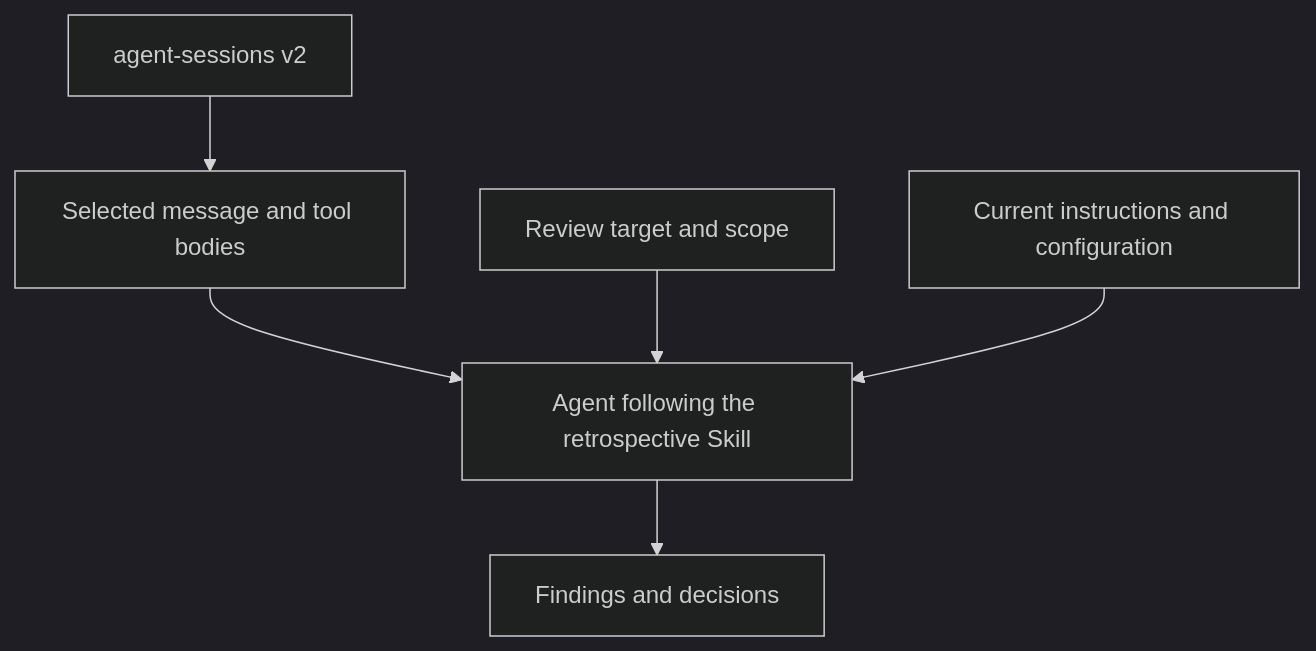
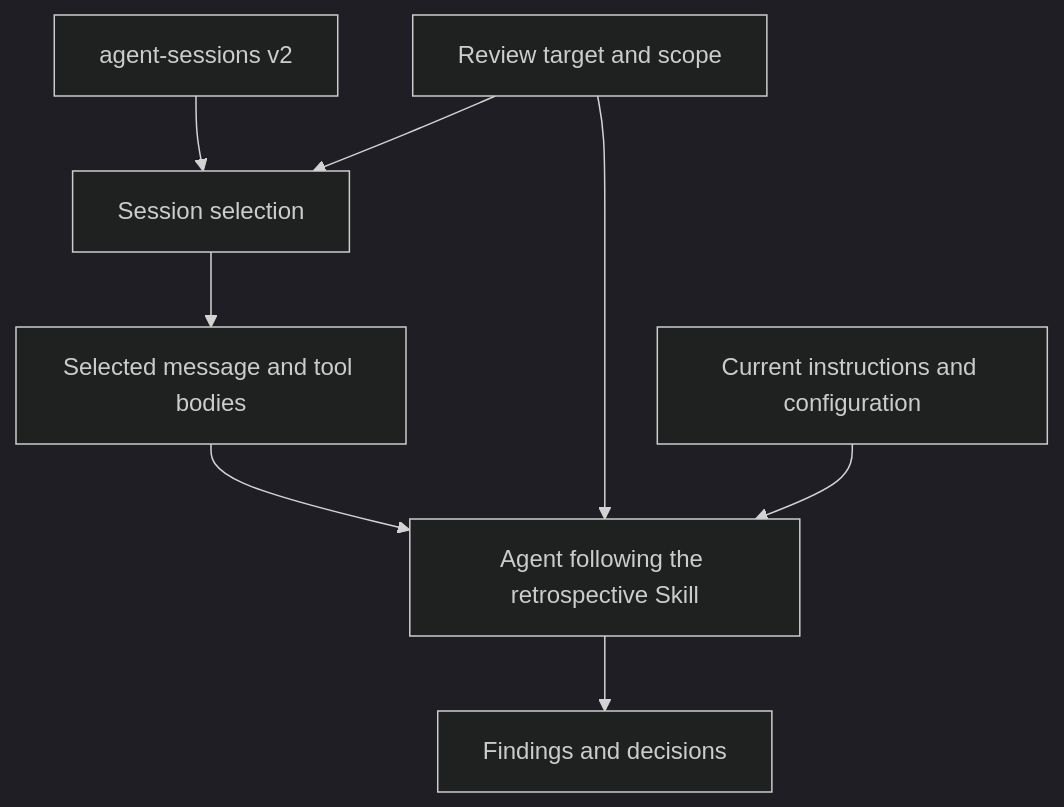
Before and after one commit to mtk177a/agent-harness-retro: the diagram in README.md, drawn with Mermaid (dark theme). The commit also changed other lines of this file and 11 other files, not shown here.

````diff
--- a/README.md
+++ b/README.md
@@ -106,8 +107,10 @@
 ```mermaid
 flowchart TD
-    source["agent-sessions v2"] --> bodies["Selected message and tool bodies"]
+    source["agent-sessions v2"] --> selection["Session selection"]
+    scope["Review target and scope"] --> selection
+    selection --> bodies["Selected message and tool bodies"]
     bodies --> review["Agent following the retrospective Skill"]
-    scope["Review target and scope"] --> review
+    scope --> review
     harness["Current instructions and configuration"] --> review
     review --> result["Findings and decisions"]
 ```
````
